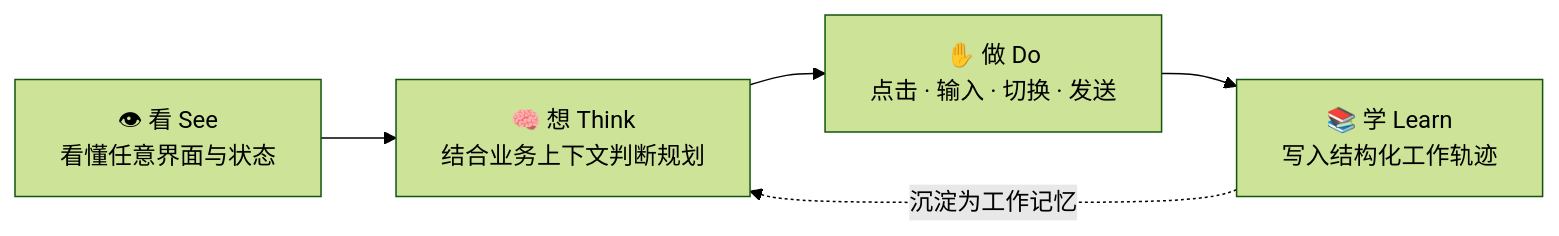
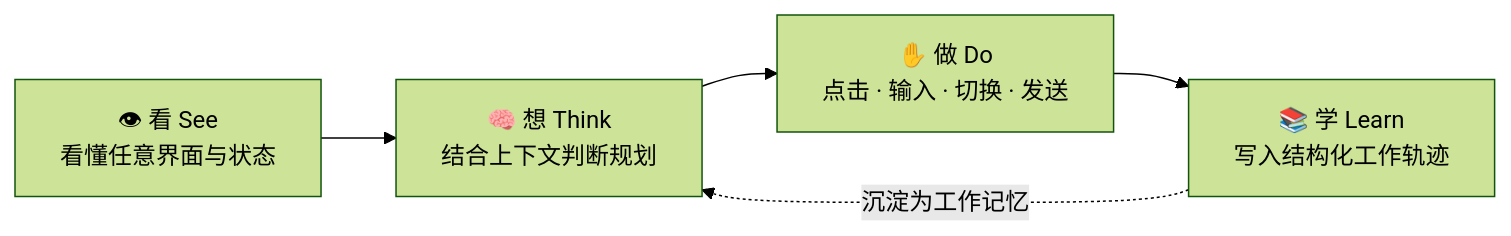
Before and after one commit to sightflow-dev/sightflow-desktop-agent: the diagram in README.zh-CN.md, drawn with Mermaid (forest theme). The commit also changed other lines of this file and 1 other file, not shown here.

````diff
--- a/README.zh-CN.md
+++ b/README.zh-CN.md
@@ -54,7 +53,7 @@
 ```mermaid
 flowchart LR
-    SEE["👁 看 See<br/>看懂任意界面与状态"] --> THINK["🧠 想 Think<br/>结合业务上下文判断规划"]
+    SEE["👁 看 See<br/>看懂任意界面与状态"] --> THINK["🧠 想 Think<br/>结合上下文判断规划"]
     THINK --> DO["✋ 做 Do<br/>点击 · 输入 · 切换 · 发送"]
     DO --> LEARN["📚 学 Learn<br/>写入结构化工作轨迹"]
     LEARN -. 沉淀为工作记忆 .-> THINK
 ```
````
